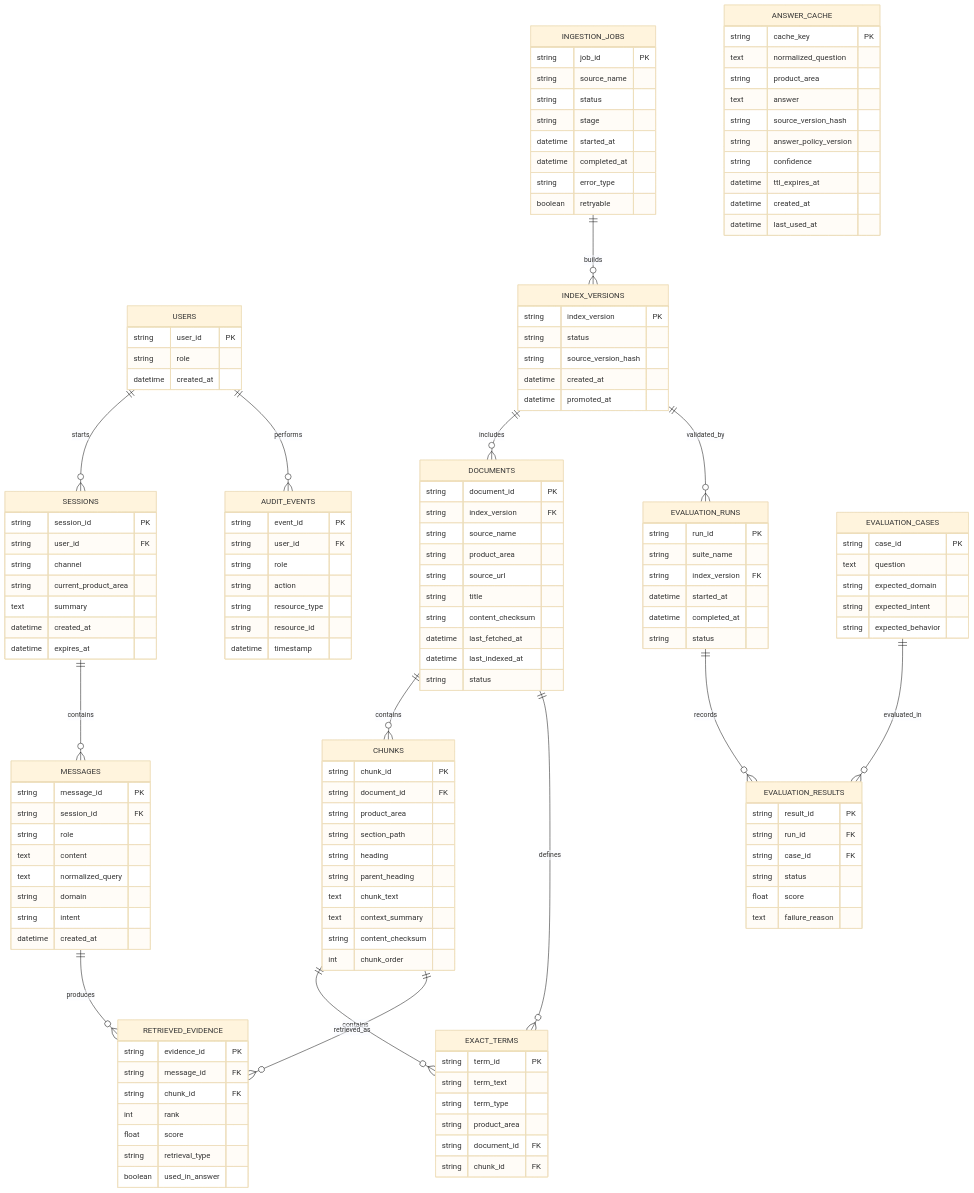
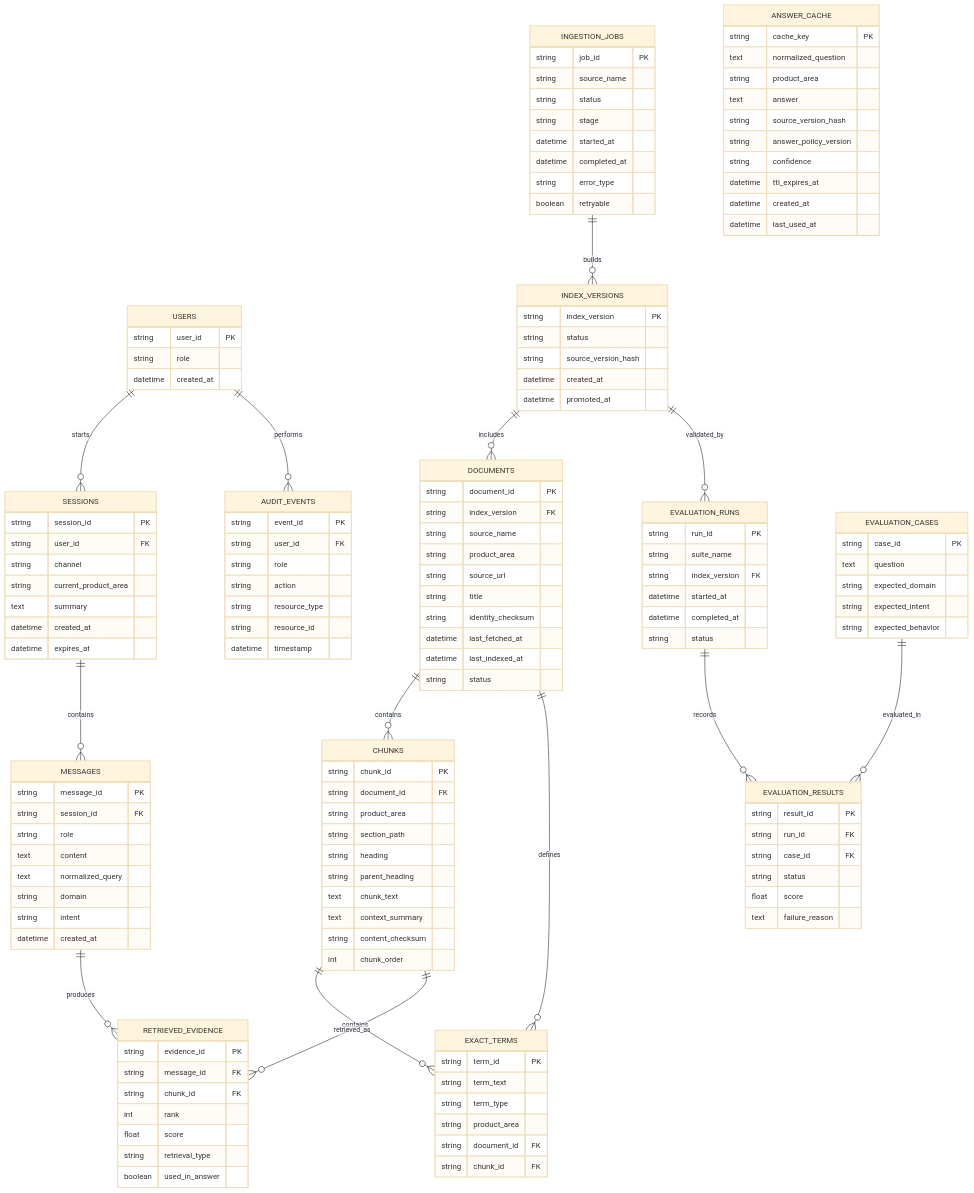
One commit to imrohitagrawal/citevyn changed the diagram in diagrams/05-data-model-erd.md. Above: the diagram before and after it, drawn with Mermaid (base theme). The commit also changed 18 other files, not shown here.

```diff
--- a/diagrams/05-data-model-erd.md
+++ b/diagrams/05-data-model-erd.md
@@ -68,7 +68,7 @@
         string product_area
         string source_url
         string title
-        string content_checksum
+        string identity_checksum
         datetime last_fetched_at
         datetime last_indexed_at
         string status
```
